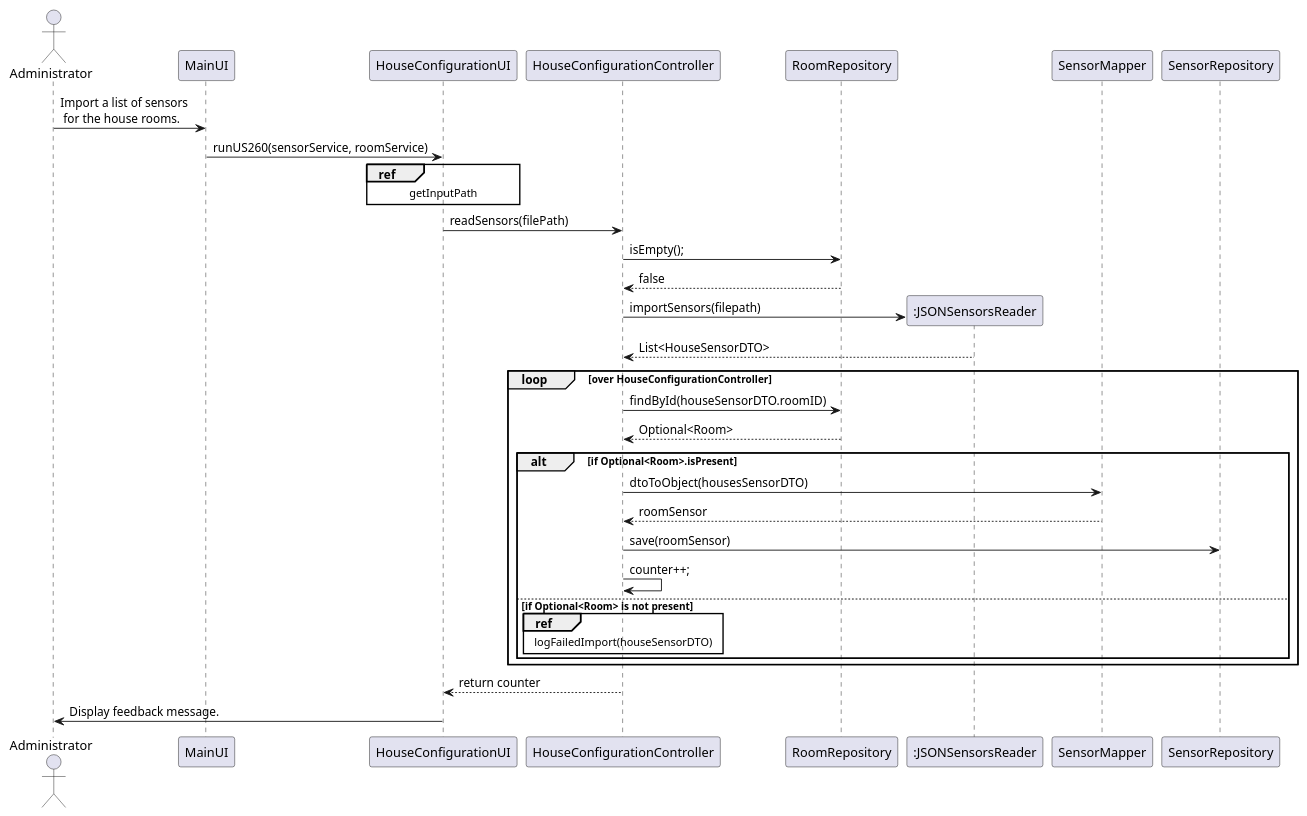
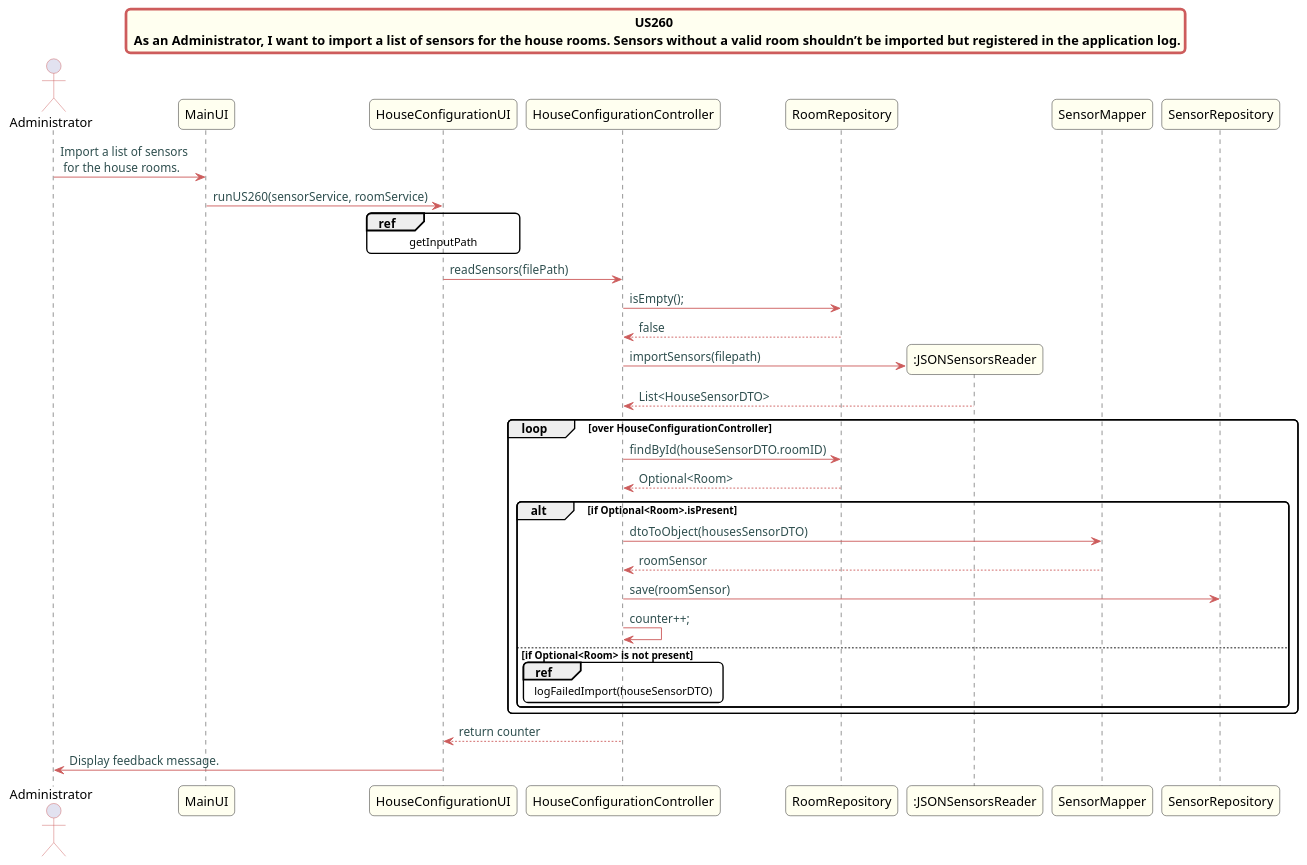
Before and after one commit to Almadanmp/project: the diagram in src/doc/Controllers/HouseConfiguration/US260/US260_sd_HouseConfiguration.puml, drawn with PlantUML. The commit also changed 2 other files, not shown here.

```diff
--- a/src/doc/Controllers/HouseConfiguration/US260/US260_sd_HouseConfiguration.puml
+++ b/src/doc/Controllers/HouseConfiguration/US260/US260_sd_HouseConfiguration.puml
@@ -1,31 +1,57 @@
 @startuml
+skinparam titleBorderRoundCorner 10
+skinparam titleBorderThickness 3
+skinparam titleBorderColor indianred
+skinparam titleBackgroundColor ivory
+skinparam FontName quicksand
+
+skinparam actor {
+  BorderColor indianred
+  }
+
+skinparam sequence {
+  LifeLineBackgroundColor indianred
+  ParticipantBackgroundColor ivory
+}
+
+skinparam roundcorner 10
+
+skinparam component {
+  arrowThickness 1
+  ArrowFontName Verdana
+  ArrowColor indianred
+  ArrowFontColor darkslategrey
+}
+
+title US260 \n As an Administrator, I want to import a list of sensors for the house rooms. Sensors without a valid room shouldn’t be imported but registered in the application log.
+
 actor Administrator
 Administrator->MainUI: Import a list of sensors \n for the house rooms.
 MainUI->HouseConfigurationUI: runUS260(sensorService, roomService)
 ref over HouseConfigurationUI
 getInputPath
 end
 HouseConfigurationUI-> HouseConfigurationController: readSensors(filePath)
 HouseConfigurationController -> RoomRepository: isEmpty();
 RoomRepository --> HouseConfigurationController: false
 create ":JSONSensorsReader"
 HouseConfigurationController -> ":JSONSensorsReader": importSensors(filepath)
 ":JSONSensorsReader" --> HouseConfigurationController: List<HouseSensorDTO>
 loop over HouseConfigurationController
 HouseConfigurationController -> RoomRepository: findById(houseSensorDTO.roomID)
 return Optional<Room>
 alt if Optional<Room>.isPresent
 HouseConfigurationController -> SensorMapper: dtoToObject(housesSensorDTO)
 return roomSensor
 HouseConfigurationController -> SensorRepository: save(roomSensor)
 HouseConfigurationController -> HouseConfigurationController: counter++;
 else if Optional<Room> is not present
 ref over HouseConfigurationController
 logFailedImport(houseSensorDTO)
 end
 end
 end
 HouseConfigurationController --> HouseConfigurationUI: return counter
 
 HouseConfigurationUI -> Administrator: Display feedback message.
 @enduml
```
